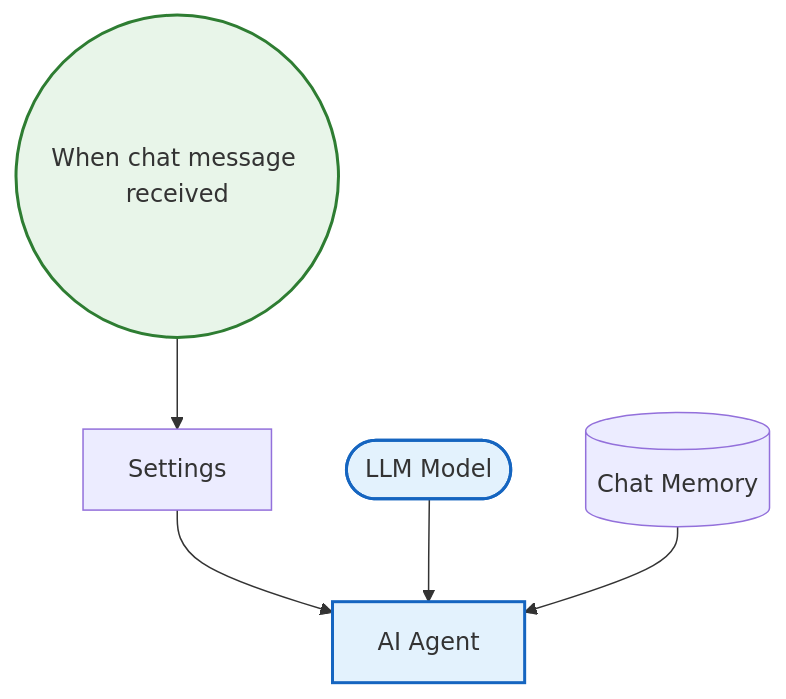
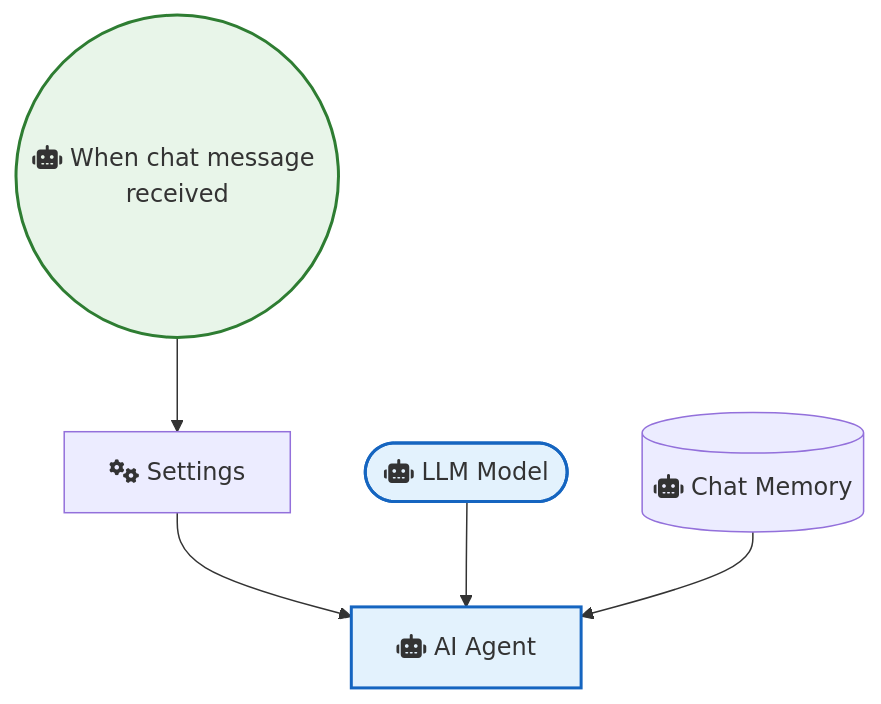
One commit to sreyash3105/N8N-DEMO-AUTOMATIONS changed the diagram in OpenAI_and_LLMs/Use Any Llm-model via Openrouter.md. Above: the diagram before and after it, drawn with Mermaid. The commit also changed 291 other files, not shown here.

````diff
--- a/OpenAI_and_LLMs/Use Any Llm-model via Openrouter.md
+++ b/OpenAI_and_LLMs/Use Any Llm-model via Openrouter.md
@@ -1,17 +1,17 @@
 ```mermaid
 graph TD
     classDef trigger fill:#e8f5e9,stroke:#2e7d32,stroke-width:2px;
     classDef ai fill:#e3f2fd,stroke:#1565c0,stroke-width:2px;
     classDef logic fill:#fff3e0,stroke:#ef6c00,stroke-width:2px;
 
-    Settings["Settings"]
-    When_chat_message_received(("When chat message received")):::trigger
-    AI_Agent["AI Agent"]:::ai
-    Chat_Memory[("Chat Memory")]
-    LLM_Model(["LLM Model"]):::ai
+    Settings["fas:fa-cogs Settings"]
+    When_chat_message_received(("fas:fa-robot When chat message received")):::trigger
+    AI_Agent["fas:fa-robot AI Agent"]:::ai
+    Chat_Memory[("fas:fa-robot Chat Memory")]
+    LLM_Model(["fas:fa-robot LLM Model"]):::ai
 
     Settings --> AI_Agent
     LLM_Model --> AI_Agent
     Chat_Memory --> AI_Agent
     When_chat_message_received --> Settings
 ```
````
